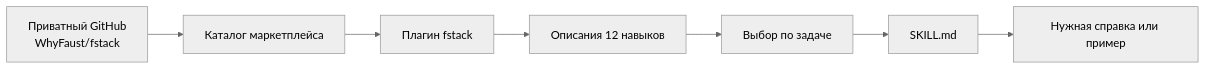
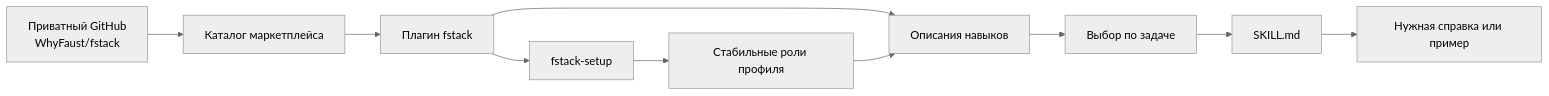
One commit to WhyFaust/fstack changed the diagram in docs/architecture.md. Above: the diagram before and after it, drawn with Mermaid (neutral theme). The commit also changed other lines of this file and 44 other files, not shown here.

````diff
--- a/docs/architecture.md
+++ b/docs/architecture.md
@@ -5,9 +5,12 @@
 ```mermaid
 flowchart LR
     A[Приватный GitHub<br/>WhyFaust/fstack] --> B[Каталог маркетплейса]
     B --> C[Плагин fstack]
-    C --> D[Описания 12 навыков]
+    C --> D[Описания навыков]
     D --> E[Выбор по задаче]
     E --> F[SKILL.md]
     F --> G[Нужная справка или пример]
+    C --> H[fstack-setup]
+    H --> I[Стабильные роли профиля]
+    I --> D
 ```
````
